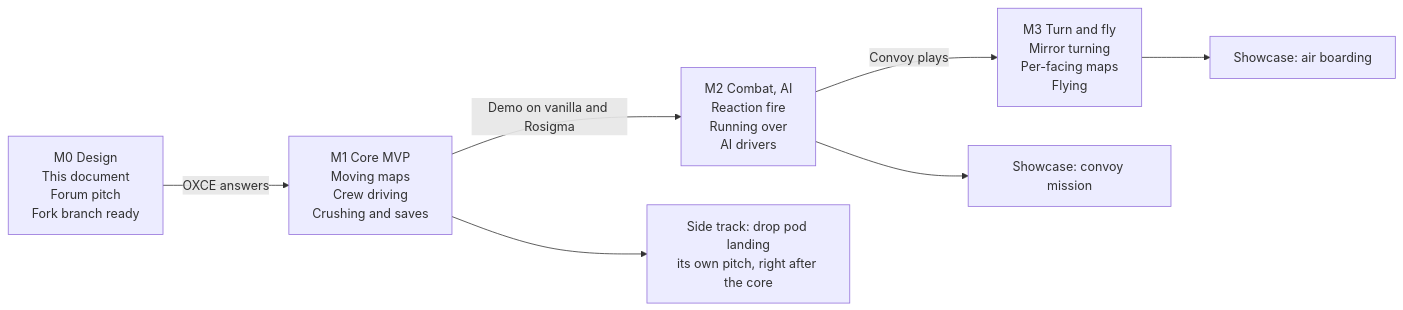
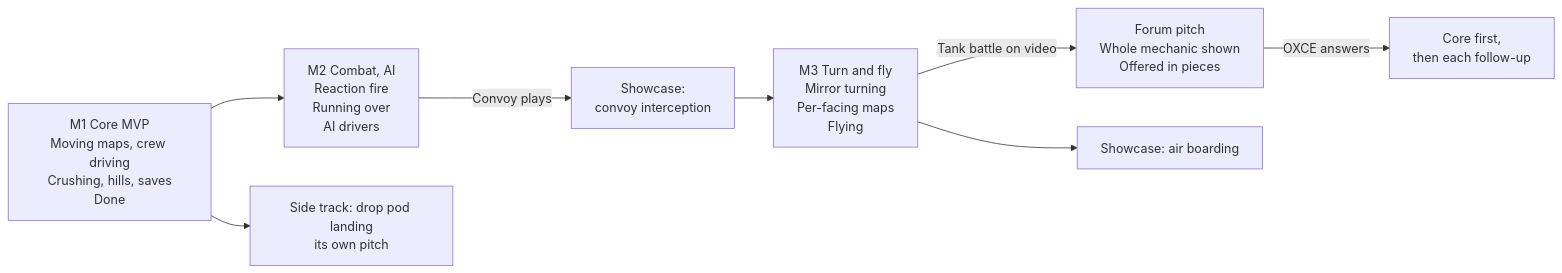
One commit to AleixRuiz/OpenXcom changed the second of 2 diagrams in docs/moving-vehicles/DESIGN.md. Above: the diagram before and after it, drawn with Mermaid. The commit also changed other lines of this file and 3 other files, not shown here.

First line of the commit message:
Docs: show the whole mechanic before the OXCE pitch

````diff
--- a/docs/moving-vehicles/DESIGN.md
+++ b/docs/moving-vehicles/DESIGN.md
@@ -367,9 +373,10 @@
 ```mermaid
 flowchart LR
-    M0["M0 Design<br/>This document<br/>Forum pitch<br/>Fork branch ready"] -- OXCE answers --> M1["M1 Core MVP<br/>Moving maps<br/>Crew driving<br/>Crushing and saves"]
-    M1 -- Demo on vanilla and Rosigma --> M2["M2 Combat, AI<br/>Reaction fire<br/>Running over<br/>AI drivers"]
-    M2 -- Convoy plays --> M3["M3 Turn and fly<br/>Mirror turning<br/>Per-facing maps<br/>Flying"]
-    M1 --> PODS["Side track: drop pod landing<br/>its own pitch, right after the core"]
-    M2 --> CONVOY["Showcase: convoy mission"]
+    M1["M1 Core MVP<br/>Moving maps, crew driving<br/>Crushing, hills, saves<br/>Done"] --> M2["M2 Combat, AI<br/>Reaction fire<br/>Running over<br/>AI drivers"]
+    M2 -- Convoy plays --> CONVOY["Showcase:<br/>convoy interception"]
+    CONVOY --> M3["M3 Turn and fly<br/>Mirror turning<br/>Per-facing maps<br/>Flying"]
+    M3 -- Tank battle on video --> PITCH["Forum pitch<br/>Whole mechanic shown<br/>Offered in pieces"]
+    PITCH -- OXCE answers --> PIECES["Core first,<br/>then each follow-up"]
     M3 --> AIR["Showcase: air boarding"]
+    M1 --> PODS["Side track: drop pod landing<br/>its own pitch"]
 ```
````
